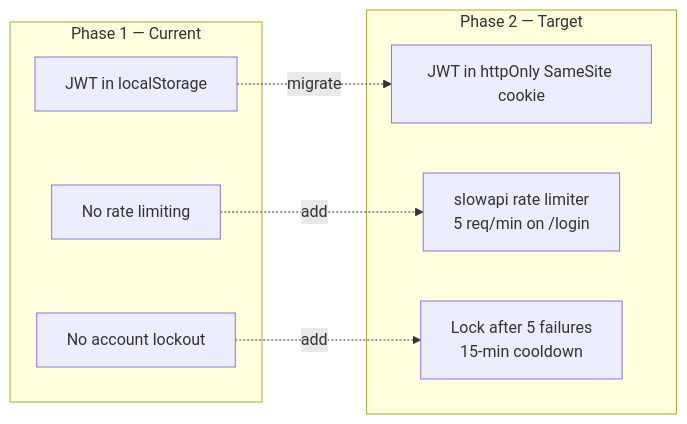
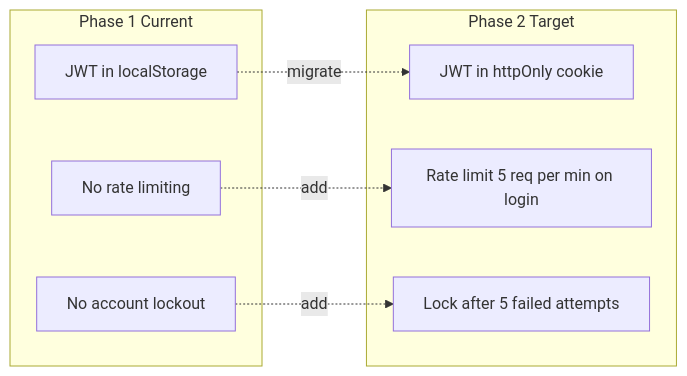
One commit to dineshsrivastava07-cell/littlegurusacademy changed the sixth of 7 diagrams in Architecture.md. Above: the diagram before and after it, drawn with Mermaid. The commit also changed other lines of this file, not shown here.

Commit message:
fix: correct all Mermaid diagrams for GitHub renderer (remove backslash-n, @, URLs in node labels)

````diff
--- a/Architecture.md
+++ b/Architecture.md
@@ -255,18 +259,18 @@
 ```mermaid
 graph LR
-    subgraph Now ["Phase 1 — Current"]
+    subgraph Now [Phase 1 Current]
         JWT_LS[JWT in localStorage]
         NO_RATE[No rate limiting]
         NO_LOCK[No account lockout]
     end
 
-    subgraph Phase2 ["Phase 2 — Target"]
-        JWT_COOKIE[JWT in httpOnly SameSite cookie]
-        RATE[slowapi rate limiter\n5 req/min on /login]
-        LOCK[Lock after 5 failures\n15-min cooldown]
+    subgraph Phase2 [Phase 2 Target]
+        JWT_COOKIE[JWT in httpOnly cookie]
+        RATE[Rate limit 5 req per min on login]
+        LOCK[Lock after 5 failed attempts]
     end
 
     JWT_LS -.->|migrate| JWT_COOKIE
     NO_RATE -.->|add| RATE
     NO_LOCK -.->|add| LOCK
 ```
````
